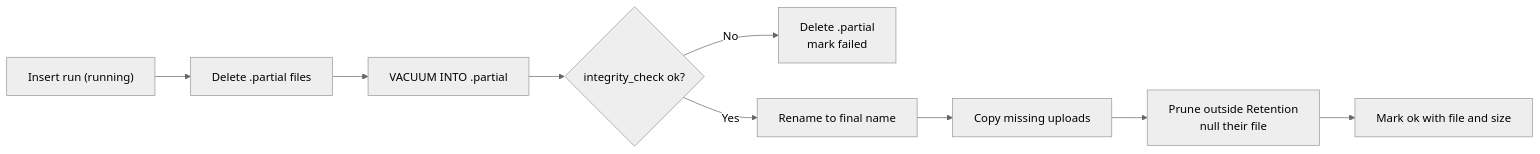
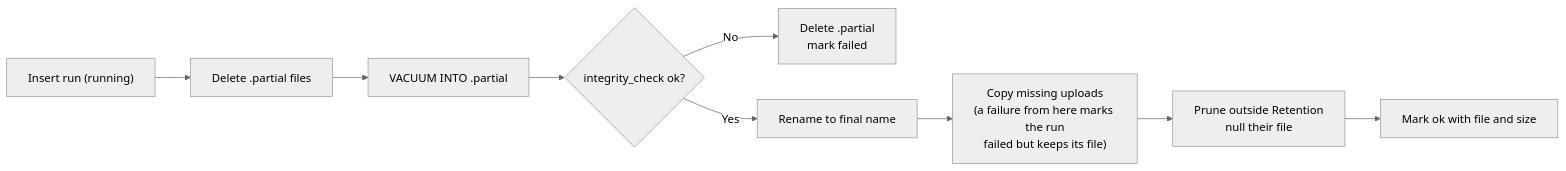
The second of 3 diagrams in docs/specs/platform-foundation/spec.md (dpippenger/whiskerfile), drawn with Mermaid (neutral theme) before and after one commit. The commit also changed other lines of this file and 5 other files, not shown here.

````diff
--- a/docs/specs/platform-foundation/spec.md
+++ b/docs/specs/platform-foundation/spec.md
@@ -191,11 +191,11 @@
 ```mermaid
 flowchart LR
     start["Insert run (running)"] --> clean["Delete .partial files"]
     clean --> vacuum["VACUUM INTO .partial"]
     vacuum --> check{"integrity_check ok?"}
     check -->|No| fail["Delete .partial<br/>mark failed"]
     check -->|Yes| rename["Rename to final name"]
-    rename --> uploads["Copy missing uploads"]
+    rename --> uploads["Copy missing uploads<br/>(a failure from here marks the run<br/>failed but keeps its file)"]
     uploads --> prune["Prune outside Retention<br/>null their file"]
     prune --> ok["Mark ok with file and size"]
 ```
````
